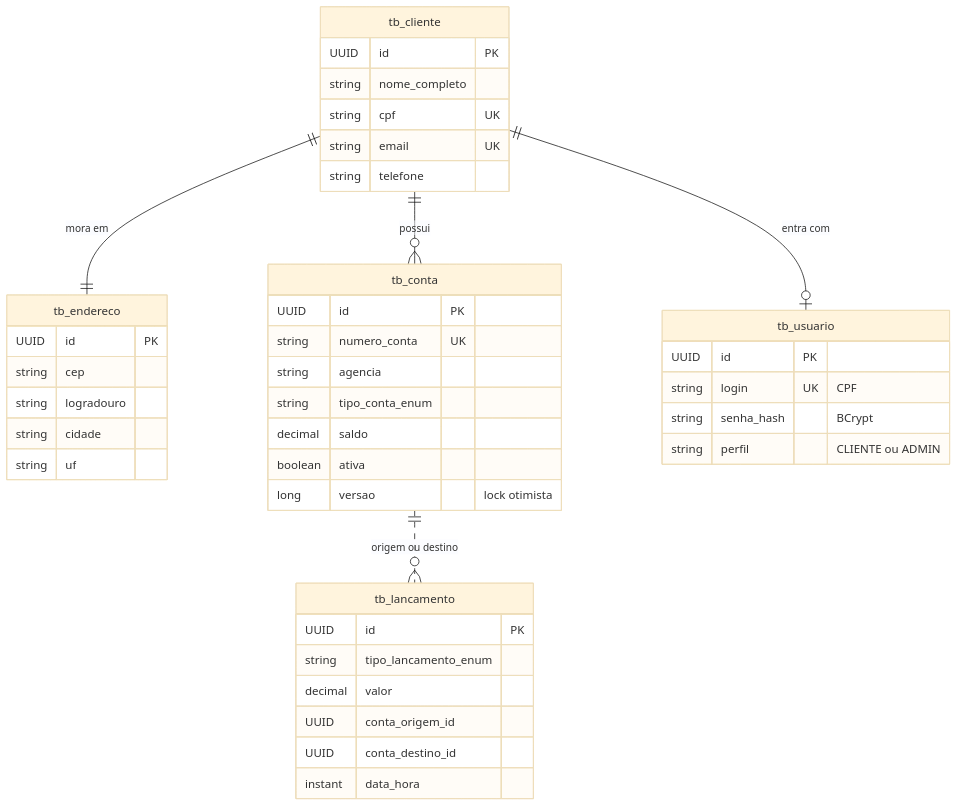
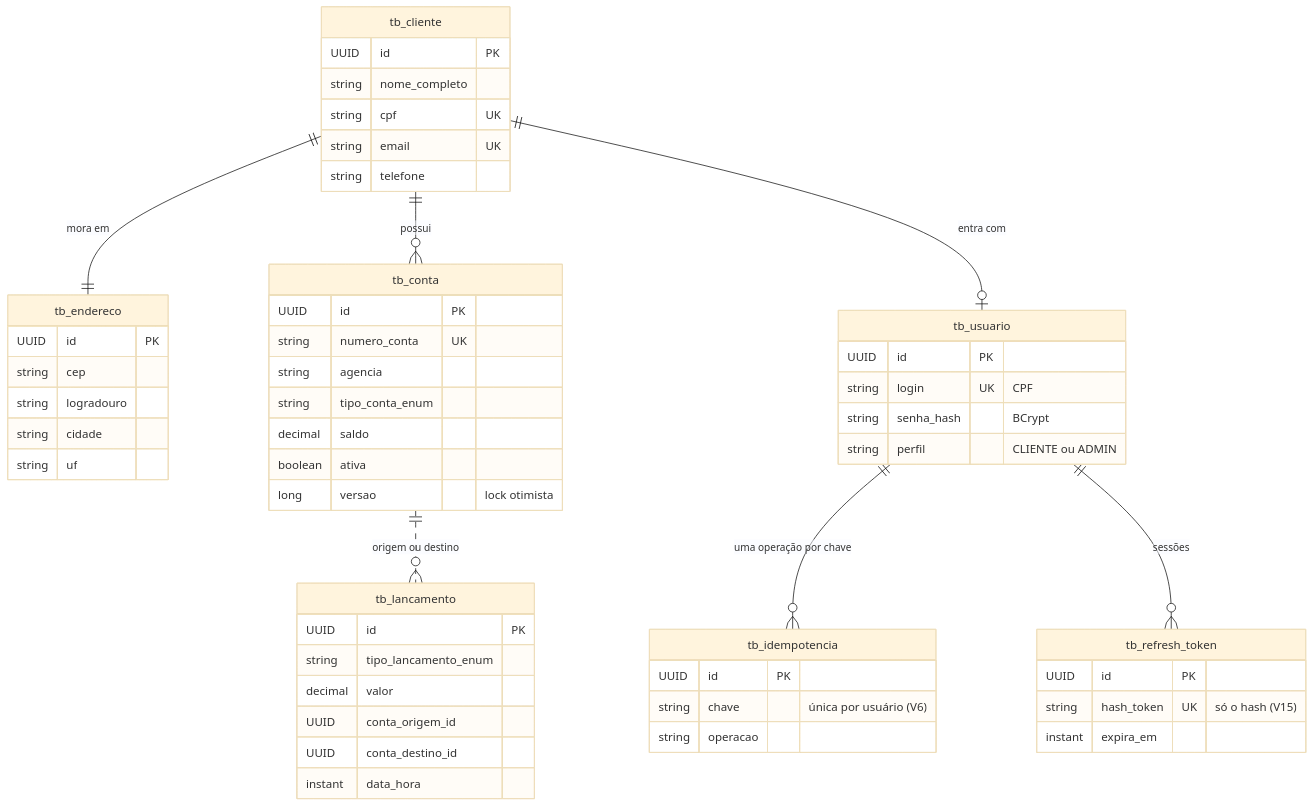
One commit to k3vinrich4rd/k3vinrich4rd changed the eighth of 22 diagrams in README.md. Above: the diagram before and after it, drawn with Mermaid (base theme). The commit also changed other lines of this file and 5 other files, not shown here.

````diff
--- a/README.md
+++ b/README.md
@@ -744,44 +753,56 @@
 ```mermaid
 erDiagram
     tb_cliente ||--|| tb_endereco : "mora em"
     tb_cliente ||--o{ tb_conta : "possui"
     tb_cliente ||--o| tb_usuario : "entra com"
     tb_conta ||..o{ tb_lancamento : "origem ou destino"
+    tb_usuario ||--o{ tb_idempotencia : "uma operação por chave"
+    tb_usuario ||--o{ tb_refresh_token : "sessões"
+    tb_idempotencia {
+        UUID id PK
+        string chave "única por usuário (V6)"
+        string operacao
+    }
+    tb_refresh_token {
+        UUID id PK
+        string hash_token UK "só o hash (V15)"
+        instant expira_em
+    }
     tb_usuario {
         UUID id PK
         string login UK "CPF"
         string senha_hash "BCrypt"
         string perfil "CLIENTE ou ADMIN"
     }
     tb_cliente {
         UUID id PK
         string nome_completo
         string cpf UK
         string email UK
         string telefone
     }
     tb_endereco {
         UUID id PK
         string cep
         string logradouro
         string cidade
         string uf
     }
     tb_conta {
         UUID id PK
         string numero_conta UK
         string agencia
         string tipo_conta_enum
         decimal saldo
         boolean ativa
         long versao "lock otimista"
     }
     tb_lancamento {
         UUID id PK
         string tipo_lancamento_enum
         decimal valor
         UUID conta_origem_id
         UUID conta_destino_id
         instant data_hora
     }
 ```
````
